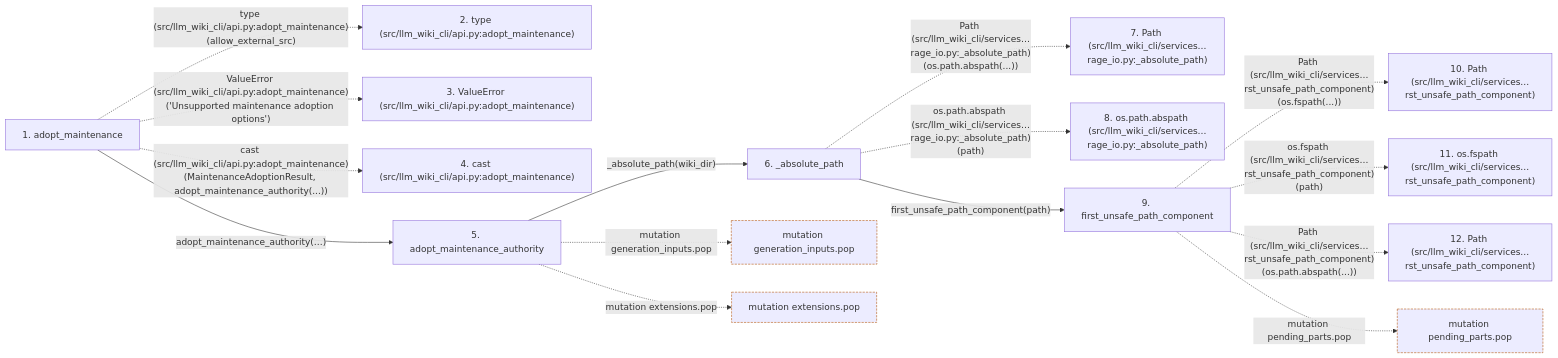
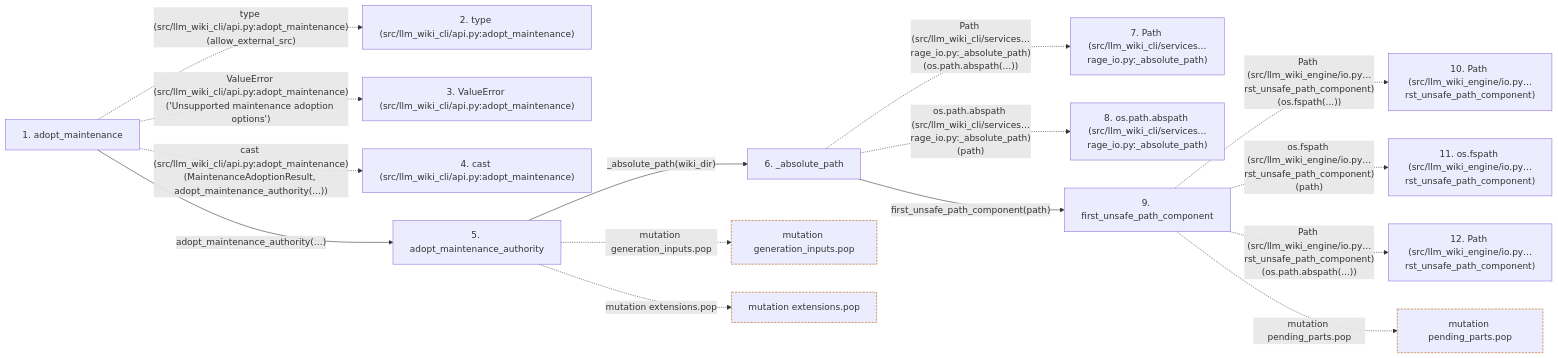
Before and after one commit to Denissvgn/python-wiki-llm: the second of 2 diagrams in docs/llm_wiki/flows/api-adopt_maintenance.md, drawn with Mermaid. The commit also changed other lines of this file and 739 other files, not shown here.

First line of the commit message:
docs: refresh the wiki for the second engine batch

````diff
--- a/docs/llm_wiki/flows/api-adopt_maintenance.md
+++ b/docs/llm_wiki/flows/api-adopt_maintenance.md
@@ -204,40 +204,40 @@
 ```mermaid
 flowchart LR
     s1["1. adopt_maintenance"]
     s2["2. type (src/llm_wiki_cli/api.py:adopt_maintenance)"]
     s3["3. ValueError (src/llm_wiki_cli/api.py:adopt_maintenance)"]
     s4["4. cast (src/llm_wiki_cli/api.py:adopt_maintenance)"]
     s5["5. adopt_maintenance_authority"]
     s6["6. _absolute_path"]
     s7["7. Path (src/llm_wiki_cli/services…rage_io.py:_absolute_path)"]
     s8["8. os.path.abspath (src/llm_wiki_cli/services…rage_io.py:_absolute_path)"]
     s9["9. first_unsafe_path_component"]
-    s10["10. Path (src/llm_wiki_cli/services…rst_unsafe_path_component)"]
-    s11["11. os.fspath (src/llm_wiki_cli/services…rst_unsafe_path_component)"]
-    s12["12. Path (src/llm_wiki_cli/services…rst_unsafe_path_component)"]
+    s10["10. Path (src/llm_wiki_engine/io.py…rst_unsafe_path_component)"]
+    s11["11. os.fspath (src/llm_wiki_engine/io.py…rst_unsafe_path_component)"]
+    s12["12. Path (src/llm_wiki_engine/io.py…rst_unsafe_path_component)"]
     s1 -. "type (src/llm_wiki_cli/api.py:adopt_maintenance)(allow_external_src)" .-> s2
     s1 -. "ValueError (src/llm_wiki_cli/api.py:adopt_maintenance)('Unsupported maintenance adoption options')" .-> s3
     s1 -. "cast (src/llm_wiki_cli/api.py:adopt_maintenance)(MaintenanceAdoptionResult, adopt_maintenance_authority(...))" .-> s4
     s1 -->|"adopt_maintenance_authority(…)"| s5
     s5 -->|"_absolute_path(wiki_dir)"| s6
     s6 -. "Path (src/llm_wiki_cli/services…rage_io.py:_absolute_path)(os.path.abspath(...))" .-> s7
     s6 -. "os.path.abspath (src/llm_wiki_cli/services…rage_io.py:_absolute_path)(path)" .-> s8
     s6 -->|"first_unsafe_path_component(path)"| s9
-    s9 -. "Path (src/llm_wiki_cli/services…rst_unsafe_path_component)(os.fspath(...))" .-> s10
-    s9 -. "os.fspath (src/llm_wiki_cli/services…rst_unsafe_path_component)(path)" .-> s11
-    s9 -. "Path (src/llm_wiki_cli/services…rst_unsafe_path_component)(os.path.abspath(...))" .-> s12
+    s9 -. "Path (src/llm_wiki_engine/io.py…rst_unsafe_path_component)(os.fspath(...))" .-> s10
+    s9 -. "os.fspath (src/llm_wiki_engine/io.py…rst_unsafe_path_component)(path)" .-> s11
+    s9 -. "Path (src/llm_wiki_engine/io.py…rst_unsafe_path_component)(os.path.abspath(...))" .-> s12
     b0["mutation generation_inputs.pop"]
     s5 -. "mutation generation_inputs.pop" .-> b0
     b1["mutation extensions.pop"]
     s5 -. "mutation extensions.pop" .-> b1
     b2["mutation pending_parts.pop"]
     s9 -. "mutation pending_parts.pop" .-> b2
     click s1 "../modules/api.md"
     click s5 "../modules/maintenance_service.md"
     click s6 "../modules/knowledge_storage_io.md"
     click s9 "../modules/io.md"
     classDef boundary stroke:#b45309,stroke-dasharray: 4 2
     class b0 boundary
     class b1 boundary
     class b2 boundary
 ```
````
